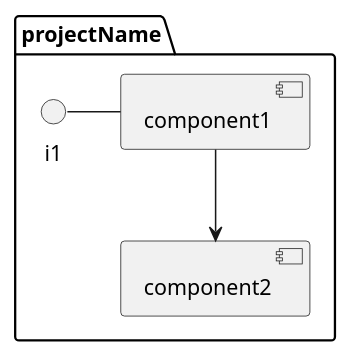
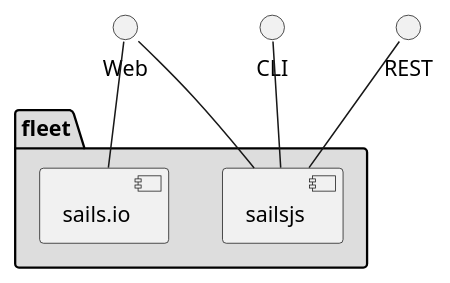
The diagram in docs/Solution/Physical.puml (madajaju/fleet), drawn with PlantUML before and after one commit. The commit also changed 5 other files, not shown here.

```diff
--- a/docs/Solution/Physical.puml
+++ b/docs/Solution/Physical.puml
@@ -2,10 +2,15 @@
 @startuml
-package projectName {
-component component1
-component component2
-interface i1
+interface Web
+interface CLI
+interface REST
+package fleet #dddddd {
+    component sailsjs
+    component sails.io
+}
 
-}
-i1 - component1
-component1 --> component2
+Web -- sailsjs
+CLI -- sailsjs
+REST -- sailsjs
+Web -- sails.io
+
 @enduml
```
